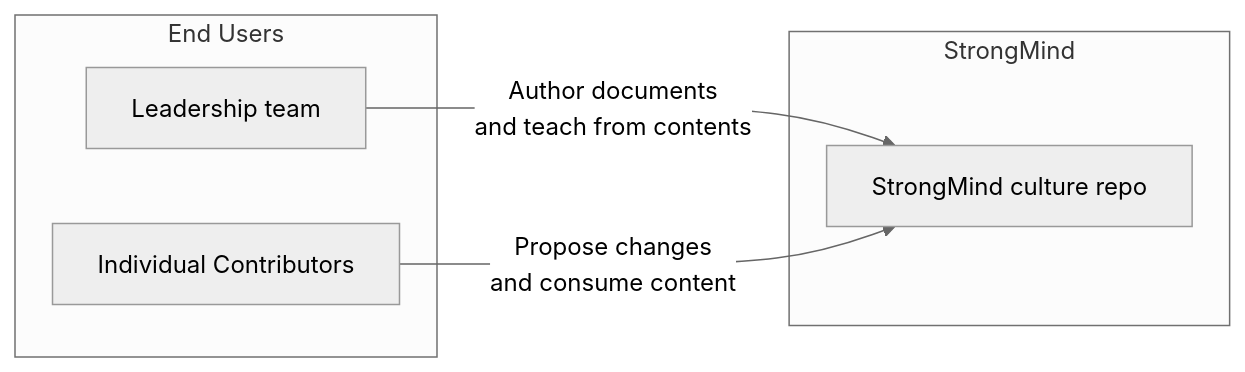
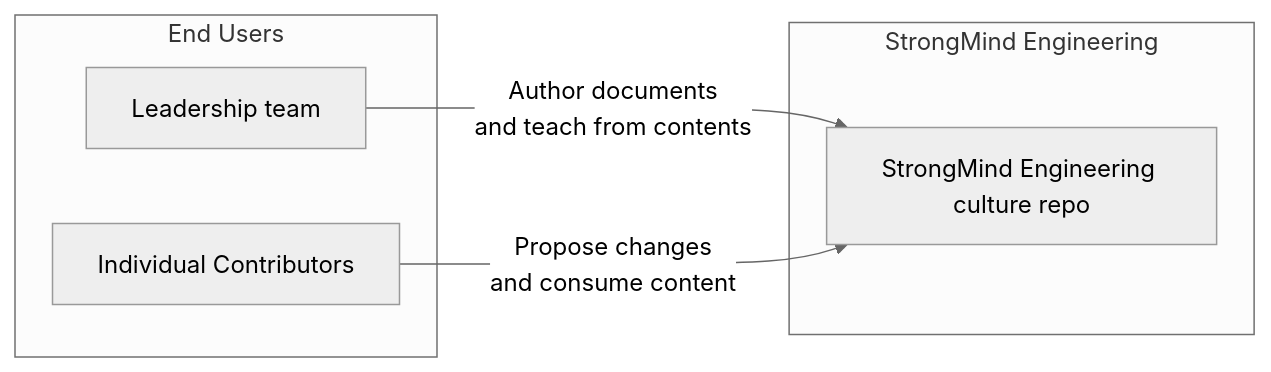
The diagram in README.md (StrongMind/culture), drawn with Mermaid (neutral theme) before and after one commit. The commit also changed other lines of this file, not shown here.

First line of the commit message:
Revise README for StrongMind Engineering Culture

````diff
--- a/README.md
+++ b/README.md
@@ -9,15 +9,15 @@
 ```mermaid
 graph LR
-  subgraph project_components[StrongMind]
+  subgraph project_components[StrongMind Engineering]
 
-	  strongmind[StrongMind culture repo]
+	  strongmind[StrongMind Engineering culture repo]
   end
 
   subgraph end_users[End Users]
   	leadership[Leadership team]
   	contributors[Individual Contributors]
   end
   
 	leadership -->|Author documents<br>and teach from contents| strongmind
   contributors -->|Propose changes<br>and consume content| strongmind
 ```
````
